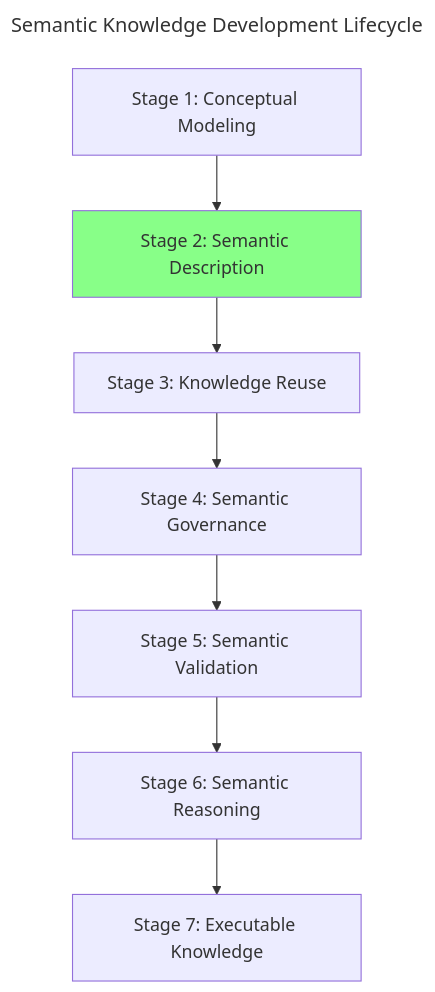
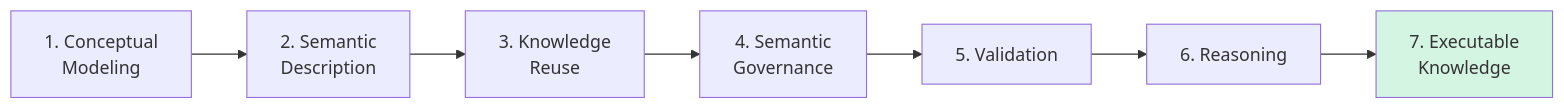
Before and after one commit to yasenstar/protege_pizza: the first of 2 diagrams in ebook/markdown/ch17.md, drawn with Mermaid. The commit also changed other lines of this file and 21 other files, not shown here.

````diff
--- a/ebook/markdown/ch17.md
+++ b/ebook/markdown/ch17.md
@@ -192,14 +95,13 @@
 ```mermaid
----
-title: Semantic Knowledge Development Lifecycle
----
-flowchart TD
-A[Stage 1: Conceptual Modeling]
--->B[Stage 2: Semantic Description]
--->C[Stage 3: Knowledge Reuse]
--->D[Stage 4: Semantic Governance]
--->E[Stage 5: Semantic Validation]
--->F[Stage 6: Semantic Reasoning]
--->G[Stage 7: Executable Knowledge]
-style B fill:#88FF88
+flowchart LR
+
+A[1. Conceptual<br/>Modeling]
+-->B[2. Semantic<br/>Description]
+-->C[3. Knowledge<br/>Reuse]
+-->D[4. Semantic<br/>Governance]
+-->E[5. Validation]
+-->F[6. Reasoning]
+-->G[7. Executable<br/>Knowledge]
+
+style G fill:#D5F5E3
 ```
````
